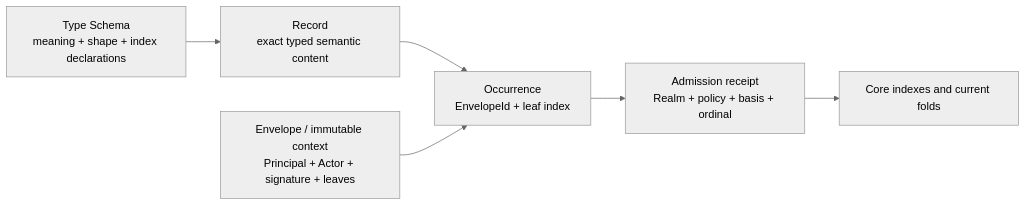
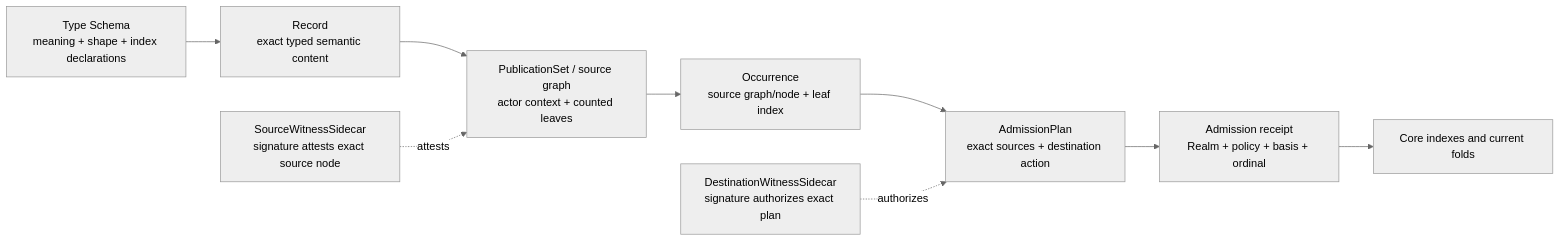
One commit to efs-project/planning changed the diagram in Designs/efsv2/core-architecture-candidate.md. Above: the diagram before and after it, drawn with Mermaid (neutral theme). The commit also changed other lines of this file and 13 other files, not shown here.

````diff
--- a/Designs/efsv2/core-architecture-candidate.md
+++ b/Designs/efsv2/core-architecture-candidate.md
@@ -21,14 +21,20 @@
 ```mermaid
 flowchart LR
     T["Type Schema<br/>meaning + shape + index declarations"]
     R["Record<br/>exact typed semantic content"]
-    E["Envelope / immutable context<br/>Principal + Actor + signature + leaves"]
-    O["Occurrence<br/>EnvelopeId + leaf index"]
+    P["PublicationSet / source graph<br/>actor context + counted leaves"]
+    S["SourceWitnessSidecar<br/>signature attests exact source node"]
+    O["Occurrence<br/>source graph/node + leaf index"]
+    AP["AdmissionPlan<br/>exact sources + destination action"]
+    D["DestinationWitnessSidecar<br/>signature authorizes exact plan"]
     A["Admission receipt<br/>Realm + policy + basis + ordinal"]
     I["Core indexes and current folds"]
     T --> R
-    R --> O
-    E --> O
-    O --> A
+    R --> P
+    P --> O
+    S -. attests .-> P
+    O --> AP
+    D -. authorizes .-> AP
+    AP --> A
     A --> I
 ```
````
